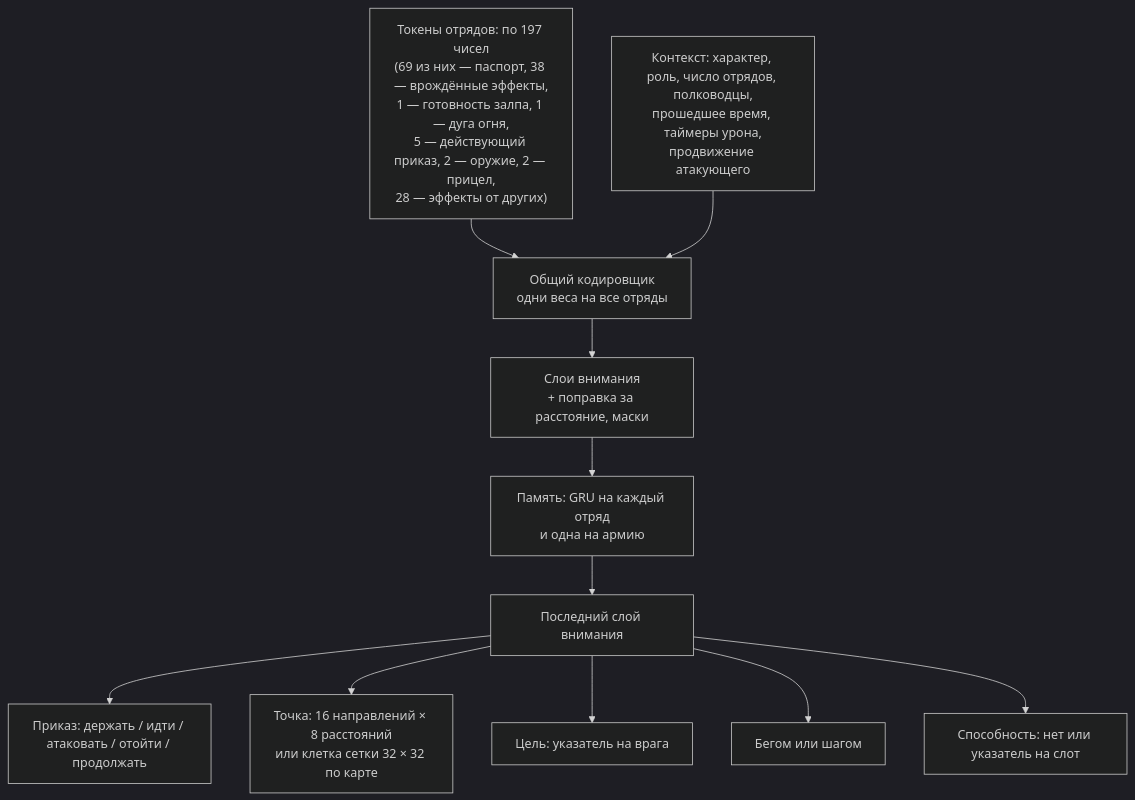
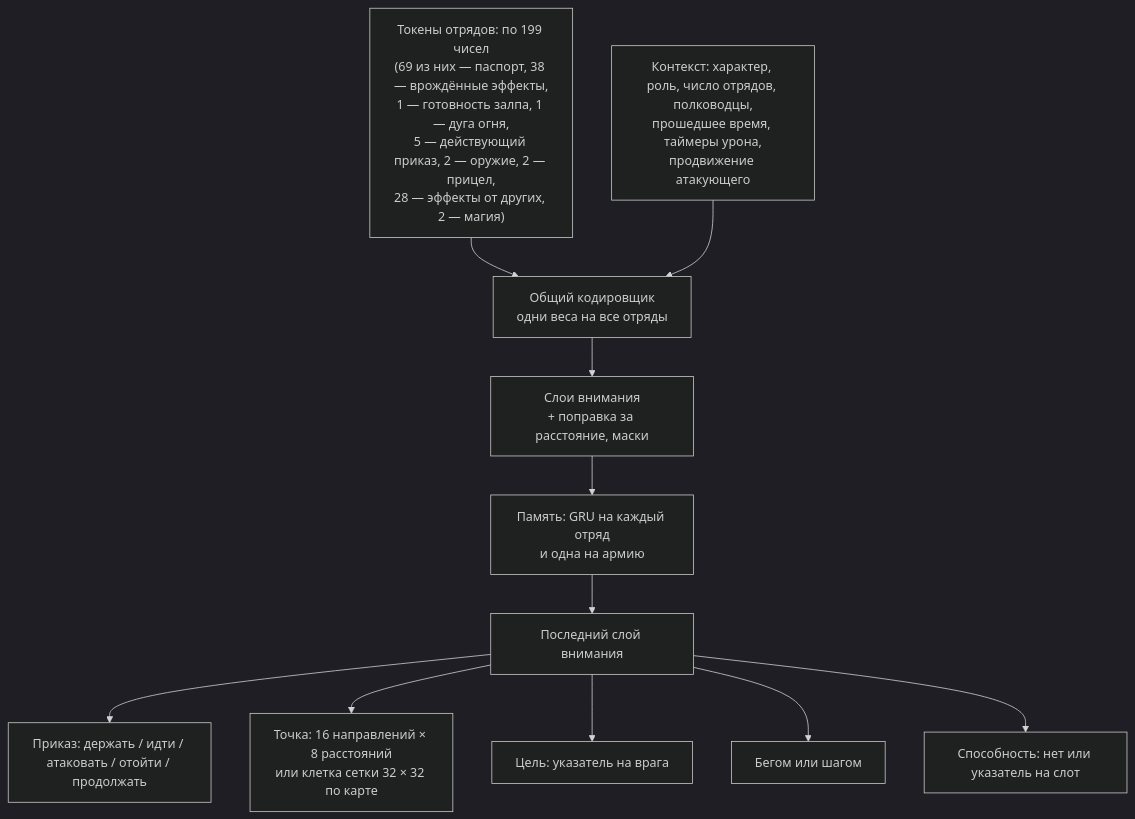
The second of 3 diagrams in docs/ru/training/model.md (DimaZero7/TWW3-batle-ai), drawn with Mermaid (dark theme) before and after one commit. The commit also changed other lines of this file and 51 other files, not shown here.

````diff
--- a/docs/ru/training/model.md
+++ b/docs/ru/training/model.md
@@ -328,13 +365,13 @@
 ```mermaid
 flowchart TB
-  tok["Токены отрядов: по 197 чисел<br/>(69 из них — паспорт, 38 — врождённые эффекты,<br/>1 — готовность залпа, 1 — дуга огня,<br/>5 — действующий приказ, 2 — оружие, 2 — прицел,<br/>28 — эффекты от других)"] --> enc["Общий кодировщик<br/>одни веса на все отряды"]
+  tok["Токены отрядов: по 199 чисел<br/>(69 из них — паспорт, 38 — врождённые эффекты,<br/>1 — готовность залпа, 1 — дуга огня,<br/>5 — действующий приказ, 2 — оружие, 2 — прицел,<br/>28 — эффекты от других, 2 — магия)"] --> enc["Общий кодировщик<br/>одни веса на все отряды"]
   ctx["Контекст: характер, роль, число отрядов, полководцы,<br/>прошедшее время, таймеры урона,<br/>продвижение атакующего"] --> enc
   enc --> att["Слои внимания<br/>+ поправка за расстояние, маски"]
   att --> gru["Память: GRU на каждый отряд<br/>и одна на армию"]
   gru --> last["Последний слой внимания"]
   last --> kind["Приказ: держать / идти / атаковать / отойти / продолжать"]
   last --> point["Точка: 16 направлений × 8 расстояний<br/>или клетка сетки 32 × 32 по карте"]
   last --> ptr["Цель: указатель на врага"]
   last --> run["Бегом или шагом"]
   last --> abil["Способность: нет или указатель на слот"]
 ```
````
